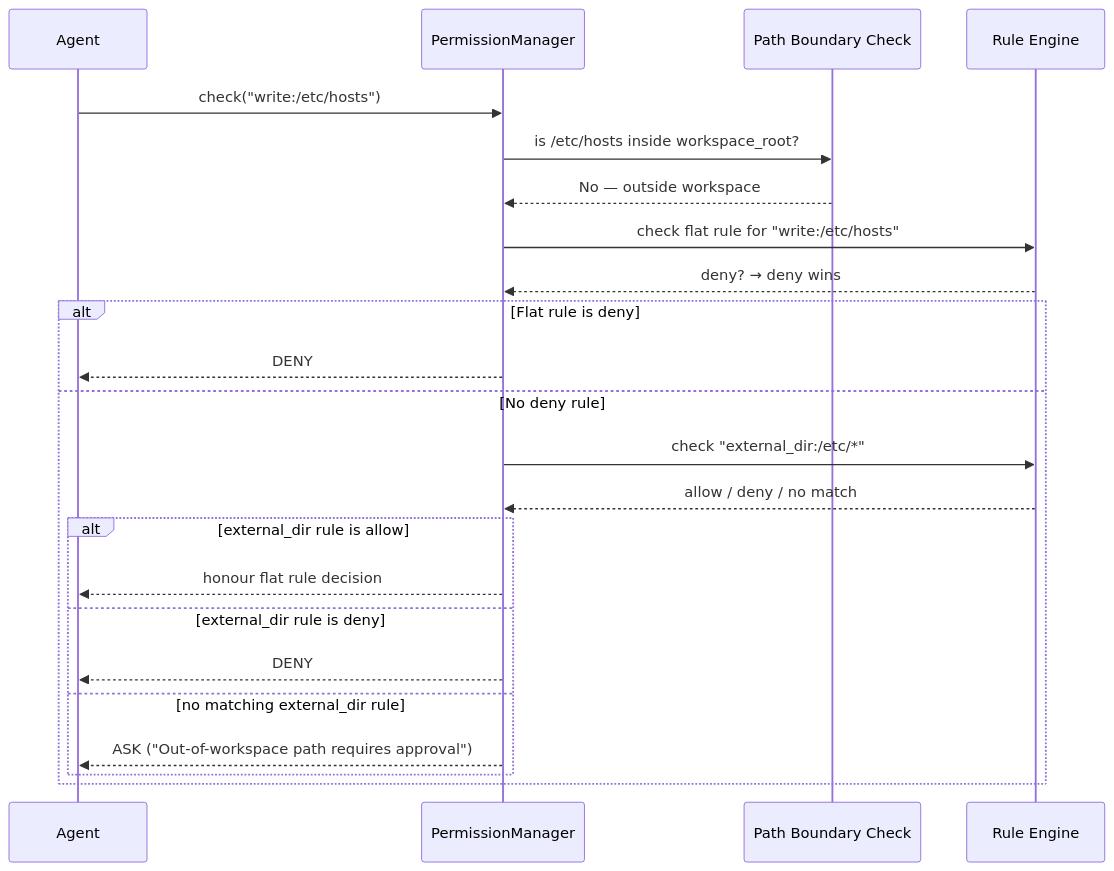
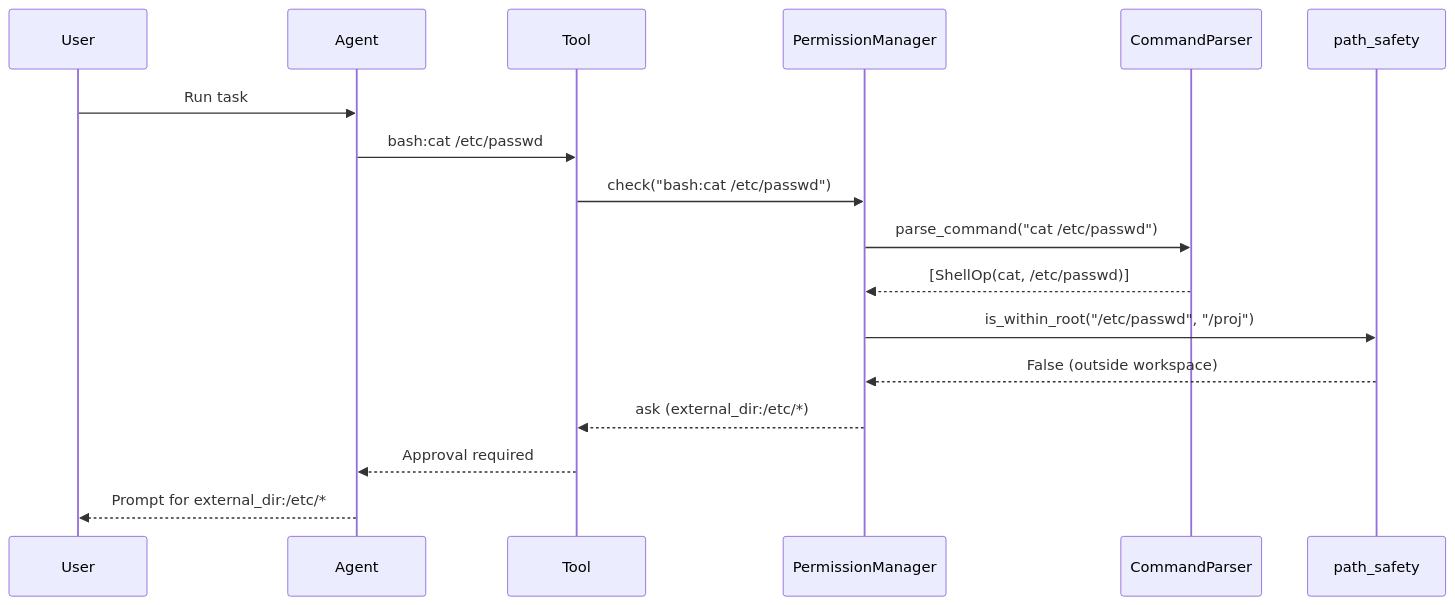
The second of 2 diagrams in docs/features/workspace-boundary.mdx (MervinPraison/PraisonAIDocs), drawn with Mermaid before and after one commit. The commit also changed other lines of this file and 4 other files, not shown here.

First line of the commit message:
docs: workspace-boundary permission gate (external_dir, workspace_root) (fixes #1444)

````diff
--- a/docs/features/workspace-boundary.mdx
+++ b/docs/features/workspace-boundary.mdx
@@ -102,26 +91,20 @@
 ```mermaid
 sequenceDiagram
+    participant User
     participant Agent
+    participant Tool
     participant PermissionManager
-    participant PathCheck as Path Boundary Check
-    participant RuleEngine as Rule Engine
+    participant CommandParser
+    participant path_safety
 
-    Agent->>PermissionManager: check("write:/etc/hosts")
-    PermissionManager->>PathCheck: is /etc/hosts inside workspace_root?
-    PathCheck-->>PermissionManager: No — outside workspace
-    PermissionManager->>RuleEngine: check flat rule for "write:/etc/hosts"
-    RuleEngine-->>PermissionManager: deny? → deny wins
-    alt Flat rule is deny
-        PermissionManager-->>Agent: DENY
-    else No deny rule
-        PermissionManager->>RuleEngine: check "external_dir:/etc/*"
-        RuleEngine-->>PermissionManager: allow / deny / no match
-        alt external_dir rule is allow
-            PermissionManager-->>Agent: honour flat rule decision
-        else external_dir rule is deny
-            PermissionManager-->>Agent: DENY
-        else no matching external_dir rule
-            PermissionManager-->>Agent: ASK ("Out-of-workspace path requires approval")
-        end
-    end
+    User->>Agent: Run task
+    Agent->>Tool: bash:cat /etc/passwd
+    Tool->>PermissionManager: check("bash:cat /etc/passwd")
+    PermissionManager->>CommandParser: parse_command("cat /etc/passwd")
+    CommandParser-->>PermissionManager: [ShellOp(cat, /etc/passwd)]
+    PermissionManager->>path_safety: is_within_root("/etc/passwd", "/proj")
+    path_safety-->>PermissionManager: False (outside workspace)
+    PermissionManager-->>Tool: ask (external_dir:/etc/*)
+    Tool-->>Agent: Approval required
+    Agent-->>User: Prompt for external_dir:/etc/*
 ```
````
